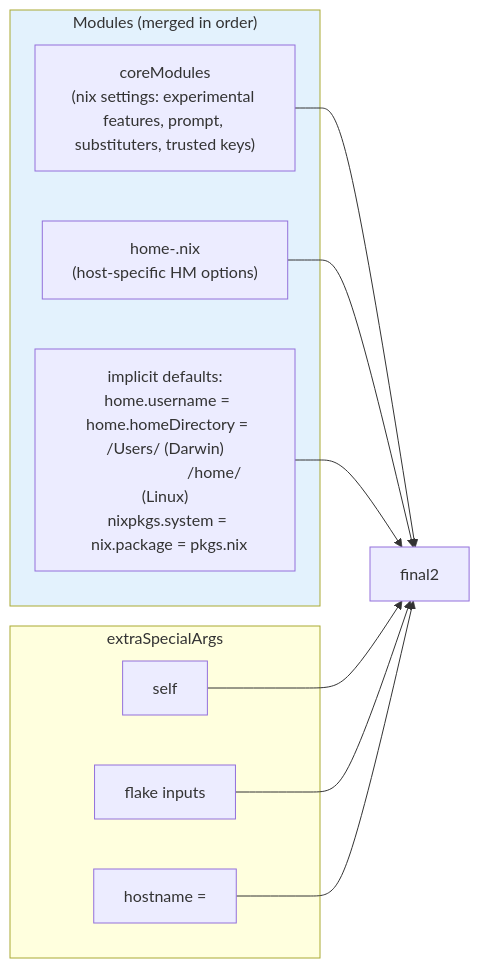
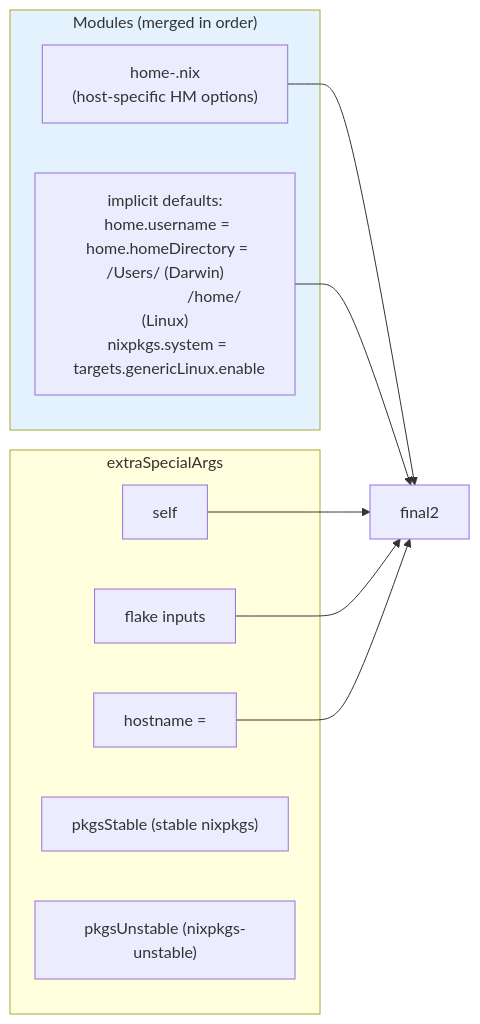
One commit to WombatFromHell/automatic-palm-tree changed the fifth of 6 diagrams in DESIGN.md. Above: the diagram before and after it, drawn with Mermaid. The commit also changed other lines of this file and 15 other files, not shown here.

Commit message:
Refactoring to enable 'allowUnfreePredicate' while keeping stable/unstablePkgs

````diff
--- a/DESIGN.md
+++ b/DESIGN.md
@@ -177,20 +183,20 @@
 ```mermaid
 flowchart LR
     subgraph M2["Modules (merged in order)"]
-        coreMod2["coreModules\n(nix settings: experimental features, prompt, substituters, trusted keys)"]
         homeHost["home-<user>.nix\n(host-specific HM options)"]
-        defaults["implicit defaults:\n  home.username = <user>\n  home.homeDirectory = /Users/<user> (Darwin)\n                         /home/<user> (Linux)\n  nixpkgs.system = <system>\n  nix.package = pkgs.nix"]
+        defaults["implicit defaults:\n  home.username = <user>\n  home.homeDirectory = /Users/<user> (Darwin)\n                         /home/<user> (Linux)\n  nixpkgs.system = <system>\n  targets.genericLinux.enable"]
     end
     subgraph SA2["extraSpecialArgs"]
         self2["self"]
         inputs2["flake inputs"]
         hostname2["hostname = <host>"]
+        pkgsStable2["pkgsStable (stable nixpkgs)"]
+        pkgsUnstable2["pkgsUnstable (nixpkgs-unstable)"]
     end
-    coreMod2 --> final2
     homeHost --> final2
     defaults --> final2
     self2 --> final2
     inputs2 --> final2
     hostname2 --> final2
     style M2 fill:#e3f2fd
 ```
````
